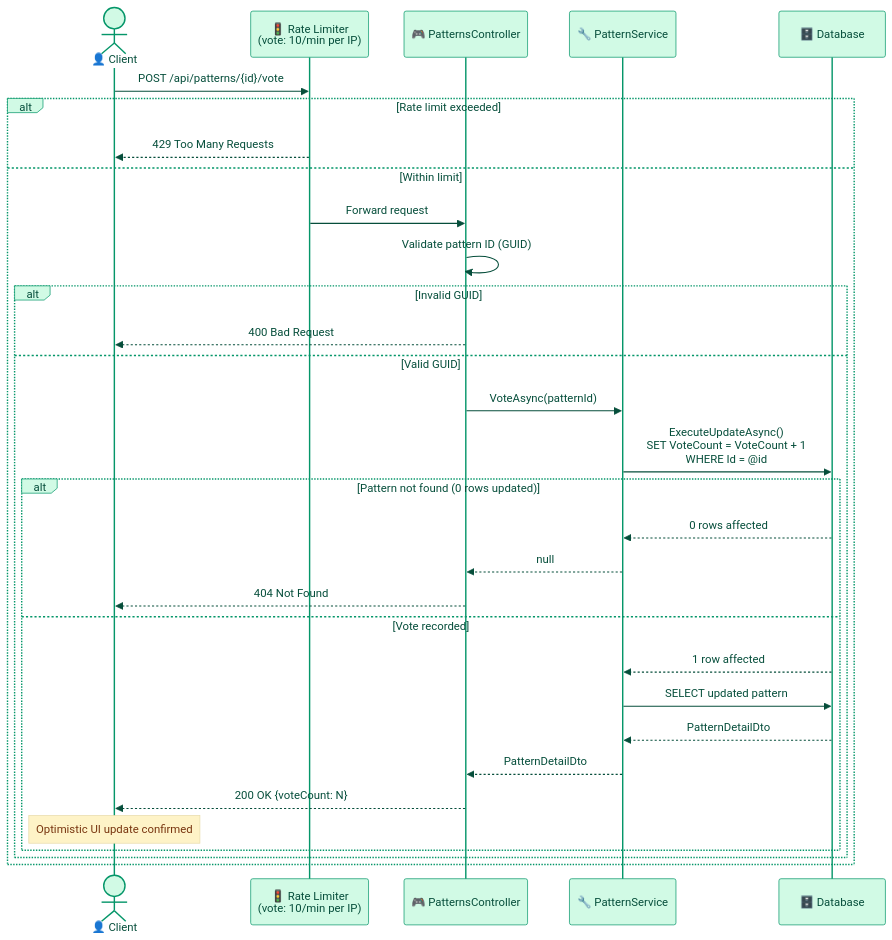
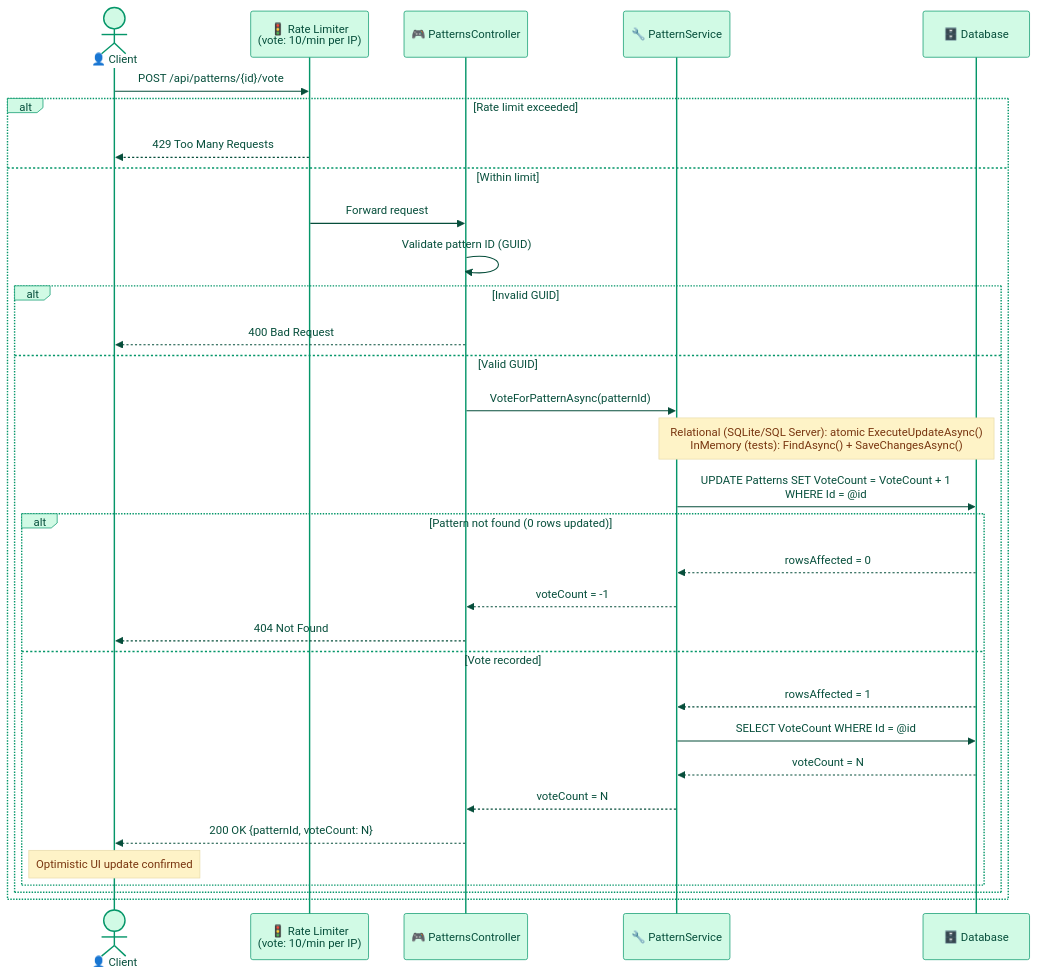
The second of 4 diagrams in documentation/architecture/BACKEND_ARCHITECTURE.md (sandropetterle/AIEnterprisePatterns), drawn with Mermaid before and after one commit. The commit also changed other lines of this file and 56 other files, not shown here.

````diff
--- a/documentation/architecture/BACKEND_ARCHITECTURE.md
+++ b/documentation/architecture/BACKEND_ARCHITECTURE.md
@@ -132,38 +138,39 @@
 ```mermaid
 %%{init: {'theme': 'base', 'themeVariables': {'primaryColor': '#D1FAE5', 'primaryBorderColor': '#059669', 'primaryTextColor': '#064E3B', 'noteBkgColor': '#FEF3C7', 'noteTextColor': '#78350F'}}}%%
 sequenceDiagram
     actor Client as 👤 Client
     participant RL as 🚦 Rate Limiter<br/>(vote: 10/min per IP)
     participant Ctrl as 🎮 PatternsController
     participant Svc as 🔧 PatternService
     participant DB as 🗄️ Database
 
     Client->>RL: POST /api/patterns/{id}/vote
 
     alt Rate limit exceeded
         RL-->>Client: 429 Too Many Requests
     else Within limit
         RL->>Ctrl: Forward request
         Ctrl->>Ctrl: Validate pattern ID (GUID)
 
         alt Invalid GUID
             Ctrl-->>Client: 400 Bad Request
         else Valid GUID
-            Ctrl->>Svc: VoteAsync(patternId)
-            Svc->>DB: ExecuteUpdateAsync()<br/>SET VoteCount = VoteCount + 1<br/>WHERE Id = @id
+            Ctrl->>Svc: VoteForPatternAsync(patternId)
+            Note over Svc,DB: Relational (SQLite/SQL Server): atomic ExecuteUpdateAsync()<br/>InMemory (tests): FindAsync() + SaveChangesAsync()
+            Svc->>DB: UPDATE Patterns SET VoteCount = VoteCount + 1<br/>WHERE Id = @id
 
             alt Pattern not found (0 rows updated)
-                DB-->>Svc: 0 rows affected
-                Svc-->>Ctrl: null
+                DB-->>Svc: rowsAffected = 0
+                Svc-->>Ctrl: voteCount = -1
                 Ctrl-->>Client: 404 Not Found
             else Vote recorded
-                DB-->>Svc: 1 row affected
-                Svc->>DB: SELECT updated pattern
-                DB-->>Svc: PatternDetailDto
-                Svc-->>Ctrl: PatternDetailDto
-                Ctrl-->>Client: 200 OK {voteCount: N}
+                DB-->>Svc: rowsAffected = 1
+                Svc->>DB: SELECT VoteCount WHERE Id = @id
+                DB-->>Svc: voteCount = N
+                Svc-->>Ctrl: voteCount = N
+                Ctrl-->>Client: 200 OK {patternId, voteCount: N}
                 Note over Client: Optimistic UI update confirmed
             end
         end
     end
 ```
````
